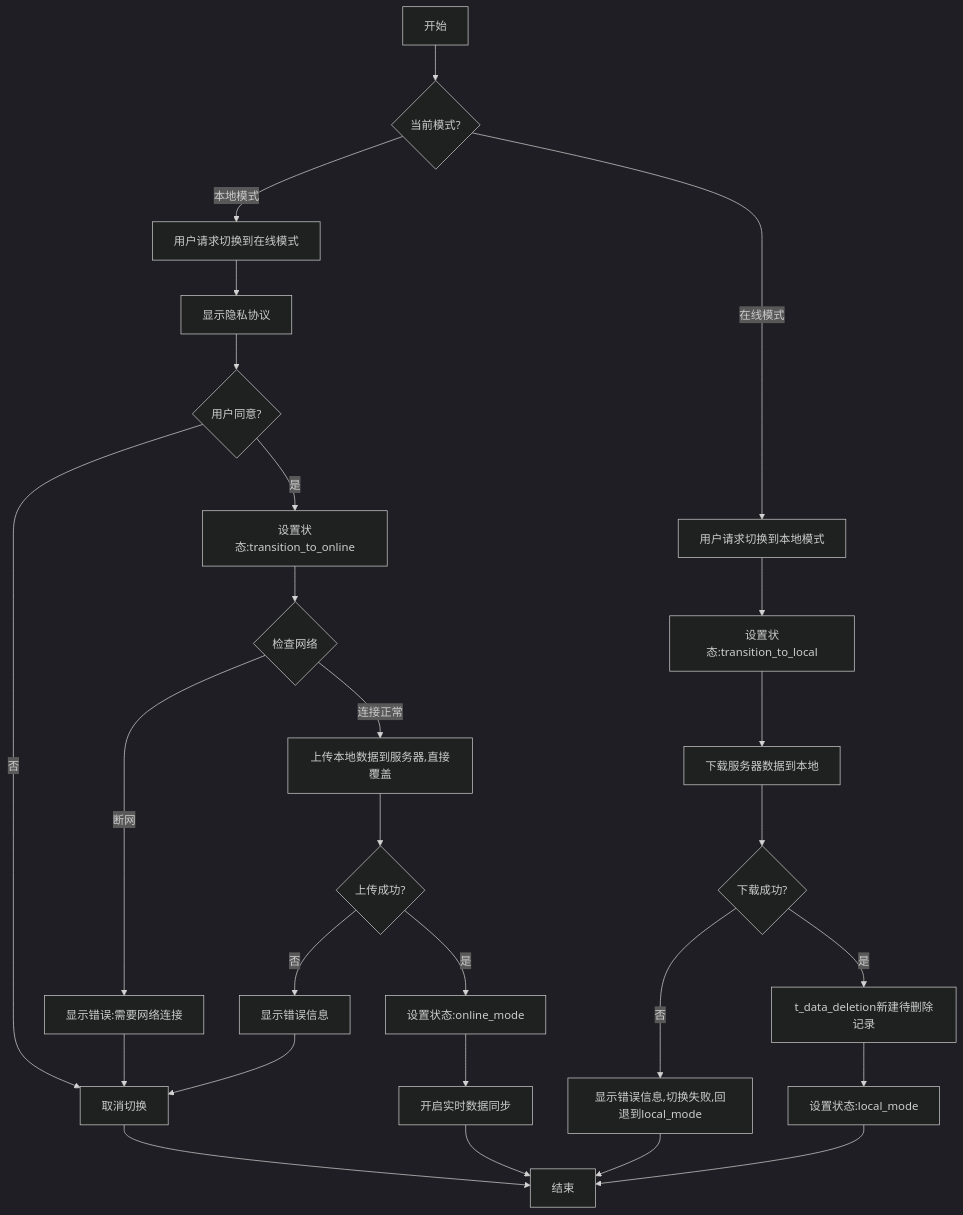
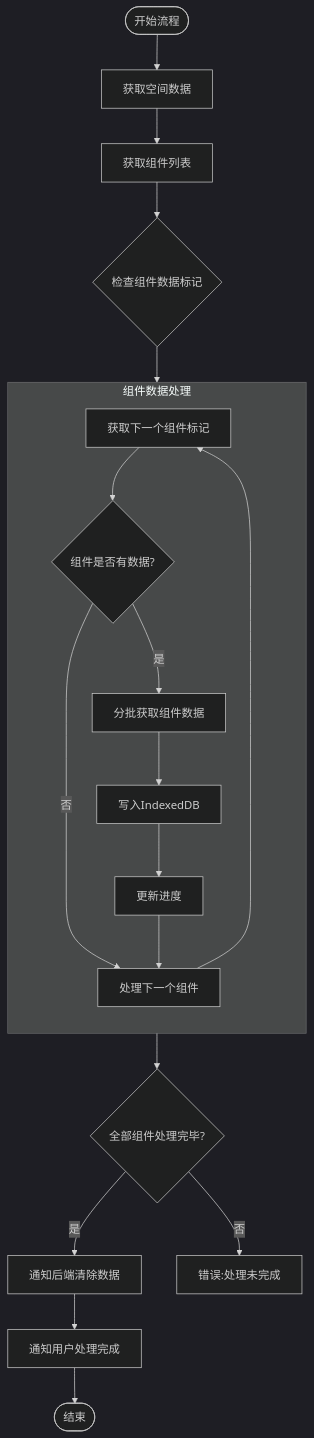
One commit to yingjianzh/iodraw-files changed the diagram in all/未命名-50.md. Above: the diagram before and after it, drawn with Mermaid (dark theme).

Commit message:
2025-05-08 16:21:05 update

````diff
--- a/all/未命名-50.md
+++ b/all/未命名-50.md
@@ -1,34 +1,29 @@
 ```mermaid
 
 flowchart TD
-    A[开始] --> B{当前模式?}
+    Start([开始流程]) --> FetchSpaceData[获取空间数据]
     
-    B -->|本地模式| C[用户请求切换到在线模式]
-    C --> F[显示隐私协议]
-    F --> G{用户同意?}
-    G -->|否| H[取消切换]
-    H --> Z[结束]
-    G -->|是| I[设置状态:transition_to_online]
-    I --> J{检查网络}
-    J -->|断网| K[显示错误:需要网络连接]
-    K --> H
-    J -->|连接正常| O[上传本地数据到服务器,直接覆盖]
-    O --> P{上传成功?}
-    P -->|否| Q[显示错误信息]
-    Q --> H
-    P -->|是| R[设置状态:online_mode]
-    R --> S[开启实时数据同步]
-    S --> Z
+    FetchSpaceData --> FetchComponentList[获取组件列表]
+    FetchComponentList --> CheckComponentData{检查组件数据标记}
     
-    B -->|在线模式| T[用户请求切换到本地模式]
-    T --> U[设置状态:transition_to_local]
-    U --> X[下载服务器数据到本地]
-    X --> Y{下载成功?}
-    Y -->|否| AA2[显示错误信息,切换失败,回退到local_mode]
-    AA2 --> Z
-    Y -->|是| AB2[t_data_deletion新建待删除记录]
-
-    AB2 -->AE[设置状态:local_mode]
-    AE --> Z
+    subgraph ComponentProcess [组件数据处理]
+        direction TB
+        A[获取下一个组件标记] --> B{组件是否有数据?}
+        B -->|否| NextComponent[处理下一个组件]
+        B -->|是| C[分批获取组件数据]
+        C --> D[写入IndexedDB]
+        D --> UpdateProgress[更新进度]
+        UpdateProgress --> NextComponent
+        NextComponent --> A
+    end
+    
+    CheckComponentData --> ComponentProcess
+    ComponentProcess --> AllComponentsProcessed{全部组件处理完毕?}
+    
+    AllComponentsProcessed -->|是| ClearServerData[通知后端清除数据]
+    AllComponentsProcessed -->|否| Error3[错误:处理未完成]
+    
+    ClearServerData --> CompletionNotification[通知用户处理完成]
+    CompletionNotification --> End([结束])
 
 ```
````
